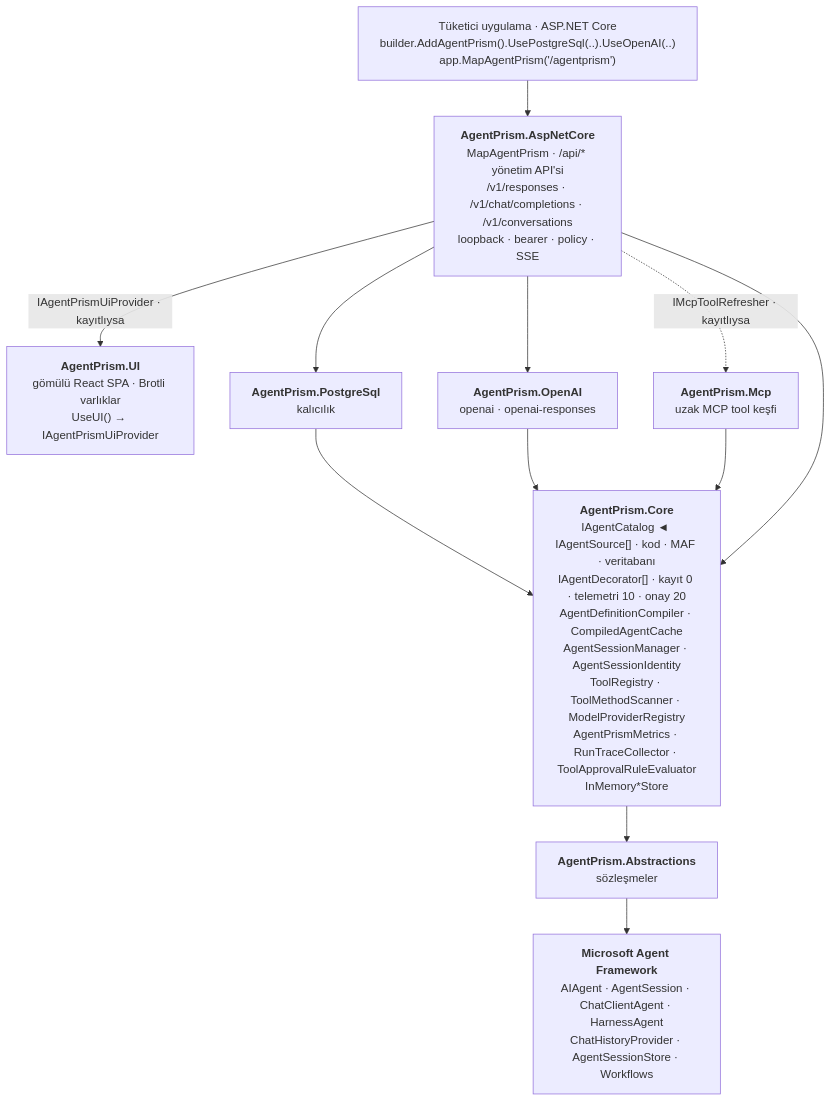
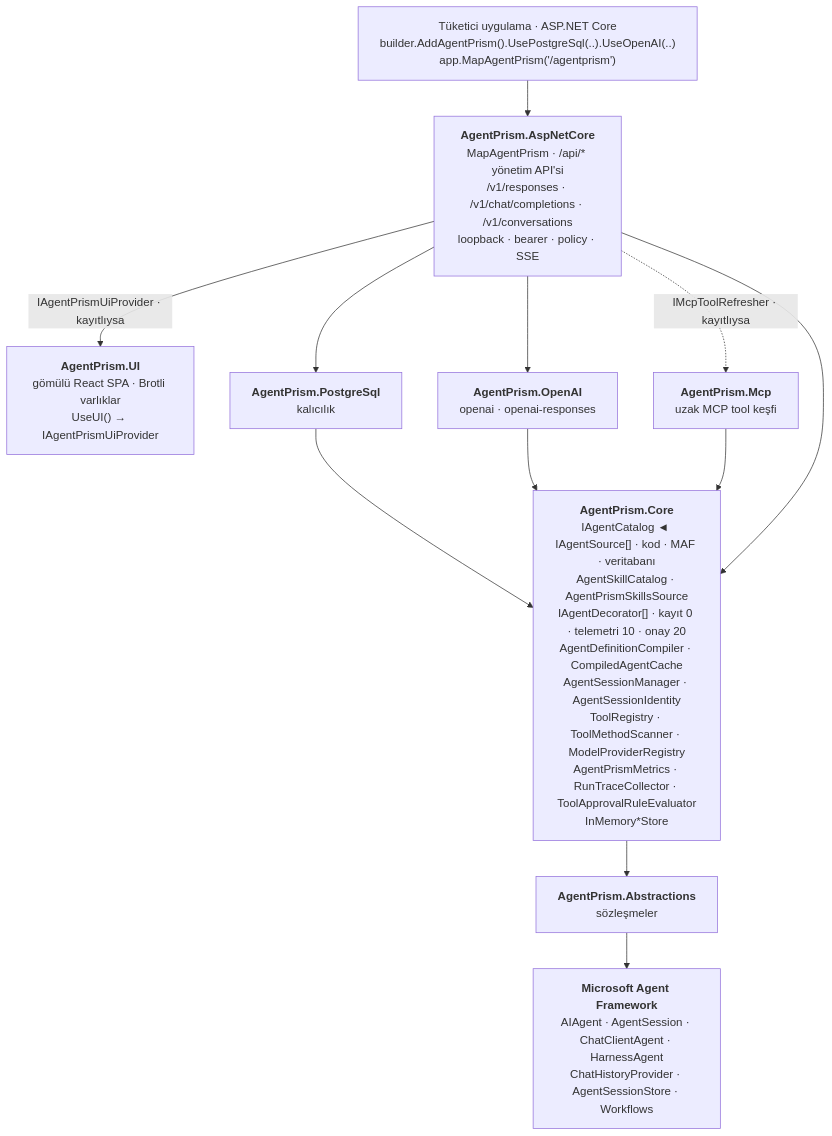
One commit to farukatasoy/Tracon changed the first of 9 diagrams in docs/MIMARI.md. Above: the diagram before and after it, drawn with Mermaid. The commit also changed other lines of this file and 45 other files, not shown here.

````diff
--- a/docs/MIMARI.md
+++ b/docs/MIMARI.md
@@ -88,29 +95,29 @@
 ```mermaid
 flowchart TD
     T["Tüketici uygulama · ASP.NET Core<br/>builder.AddAgentPrism().UsePostgreSql(..).UseOpenAI(..)<br/>app.MapAgentPrism('/agentprism')"]
 
     UI["<b>AgentPrism.UI</b><br/>gömülü React SPA · Brotli varlıklar<br/>UseUI() → IAgentPrismUiProvider"]
 
     HTTP["<b>AgentPrism.AspNetCore</b><br/>MapAgentPrism · /api/* yönetim API'si<br/>/v1/responses · /v1/chat/completions · /v1/conversations<br/>loopback · bearer · policy · SSE"]
 
     PG["<b>AgentPrism.PostgreSql</b><br/>kalıcılık"]
     OA["<b>AgentPrism.OpenAI</b><br/>openai · openai-responses"]
     MCP["<b>AgentPrism.Mcp</b><br/>uzak MCP tool keşfi"]
 
-    CORE["<b>AgentPrism.Core</b><br/>IAgentCatalog ◄ IAgentSource[] · kod · MAF · veritabanı<br/>IAgentDecorator[] · kayıt 0 · telemetri 10 · onay 20<br/>AgentDefinitionCompiler · CompiledAgentCache<br/>AgentSessionManager · AgentSessionIdentity<br/>ToolRegistry · ToolMethodScanner · ModelProviderRegistry<br/>AgentPrismMetrics · RunTraceCollector · ToolApprovalRuleEvaluator<br/>InMemory*Store"]
+    CORE["<b>AgentPrism.Core</b><br/>IAgentCatalog ◄ IAgentSource[] · kod · MAF · veritabanı<br/>AgentSkillCatalog · AgentPrismSkillsSource<br/>IAgentDecorator[] · kayıt 0 · telemetri 10 · onay 20<br/>AgentDefinitionCompiler · CompiledAgentCache<br/>AgentSessionManager · AgentSessionIdentity<br/>ToolRegistry · ToolMethodScanner · ModelProviderRegistry<br/>AgentPrismMetrics · RunTraceCollector · ToolApprovalRuleEvaluator<br/>InMemory*Store"]
 
     ABS["<b>AgentPrism.Abstractions</b><br/>sözleşmeler"]
 
     MAF["<b>Microsoft Agent Framework</b><br/>AIAgent · AgentSession · ChatClientAgent · HarnessAgent<br/>ChatHistoryProvider · AgentSessionStore · Workflows"]
 
     T --> HTTP
     HTTP -->|"IAgentPrismUiProvider · kayıtlıysa"| UI
     HTTP --> PG
     HTTP --> OA
     HTTP -.->|"IMcpToolRefresher · kayıtlıysa"| MCP
     PG --> CORE
     OA --> CORE
     MCP --> CORE
     HTTP --> CORE
     CORE --> ABS --> MAF
 ```
````
